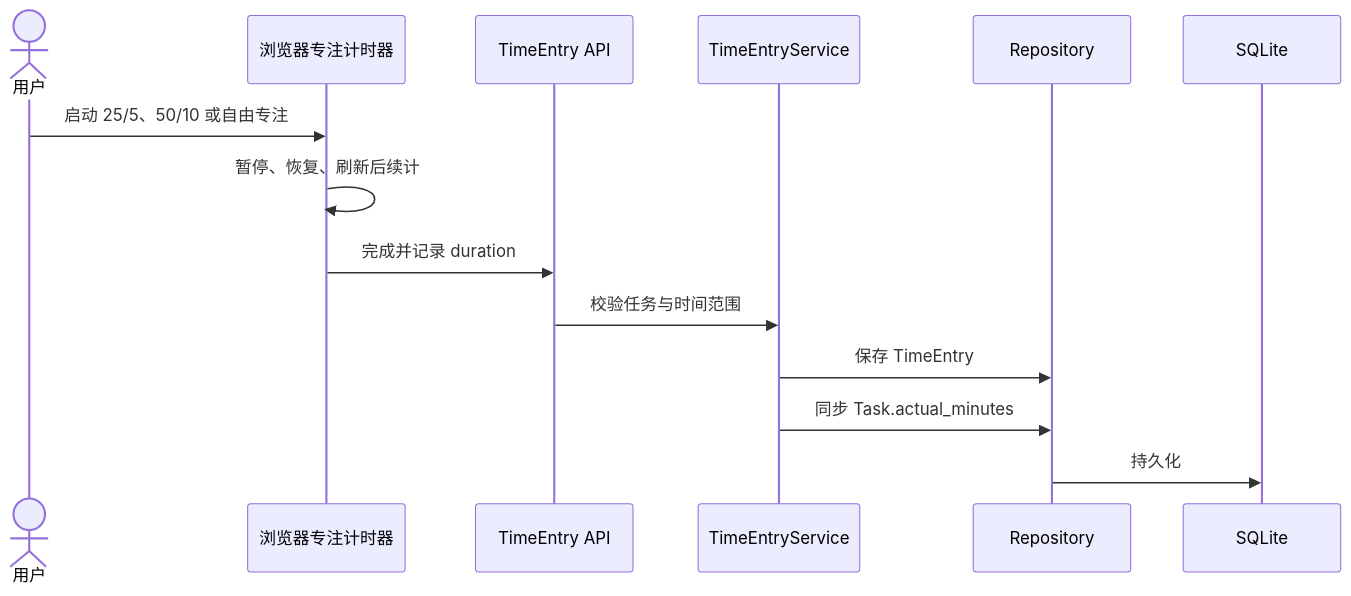
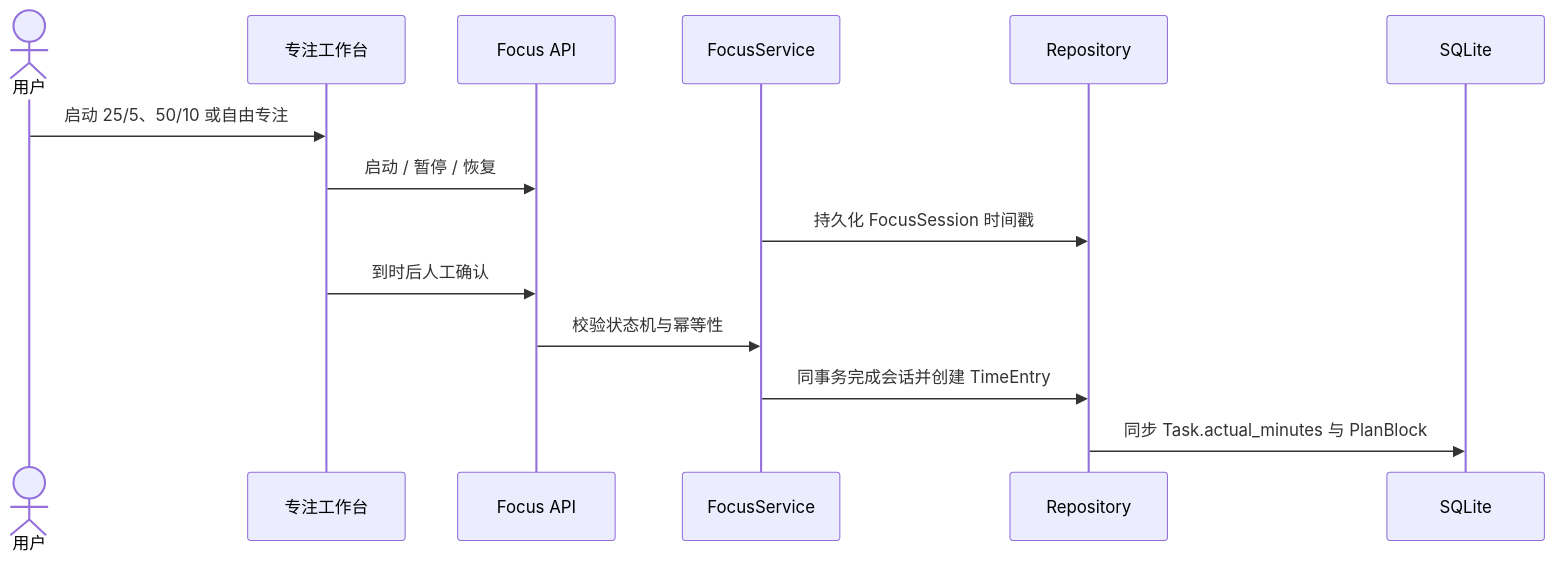
One commit to coronaBorealis/Yantu changed the third of 5 diagrams in docs/architecture.md. Above: the diagram before and after it, drawn with Mermaid. The commit also changed other lines of this file and 41 other files, not shown here.

````diff
--- a/docs/architecture.md
+++ b/docs/architecture.md
@@ -78,16 +87,16 @@
 ```mermaid
 sequenceDiagram
     actor User as 用户
-    participant Timer as 浏览器专注计时器
-    participant API as TimeEntry API
-    participant Service as TimeEntryService
+    participant Timer as 专注工作台
+    participant API as Focus API
+    participant Service as FocusService
     participant Repo as Repository
     participant DB as SQLite
     User->>Timer: 启动 25/5、50/10 或自由专注
-    Timer->>Timer: 暂停、恢复、刷新后续计
-    Timer->>API: 完成并记录 duration
-    API->>Service: 校验任务与时间范围
-    Service->>Repo: 保存 TimeEntry
-    Service->>Repo: 同步 Task.actual_minutes
-    Repo->>DB: 持久化
+    Timer->>API: 启动 / 暂停 / 恢复
+    Service->>Repo: 持久化 FocusSession 时间戳
+    Timer->>API: 到时后人工确认
+    API->>Service: 校验状态机与幂等性
+    Service->>Repo: 同事务完成会话并创建 TimeEntry
+    Repo->>DB: 同步 Task.actual_minutes 与 PlanBlock
 ```
````
